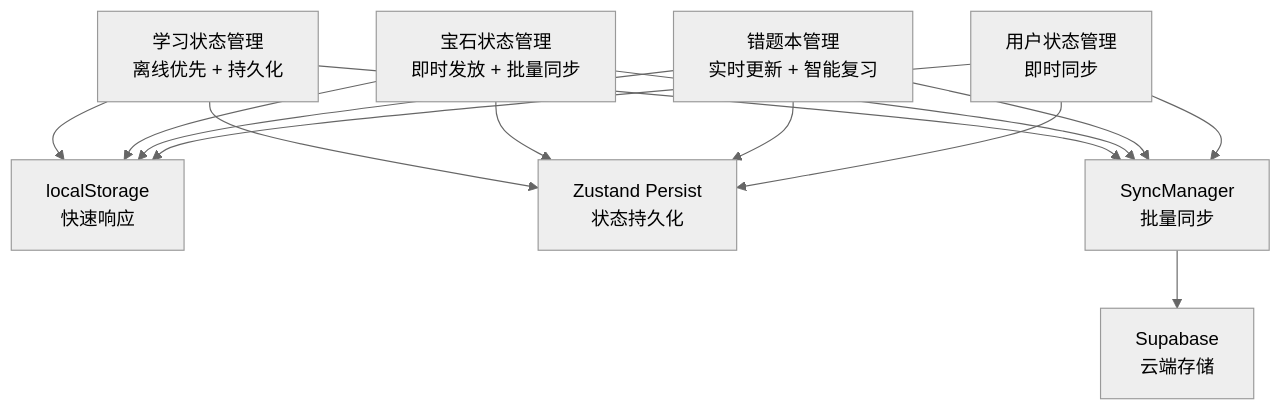
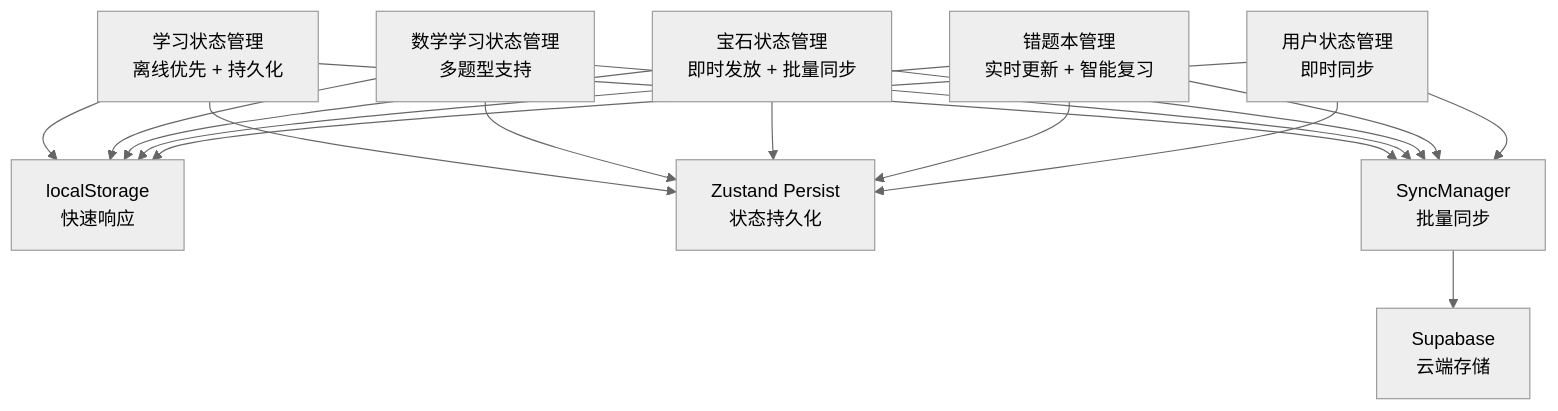
The fourth of 6 diagrams in .qoder/repowiki/zh/content/核心架构/核心架构.md (wudeng2005/rainbow-learning), drawn with Mermaid (neutral theme) before and after one commit. The commit also changed other lines of this file and 49 other files, not shown here.

````diff
--- a/.qoder/repowiki/zh/content/核心架构/核心架构.md
+++ b/.qoder/repowiki/zh/content/核心架构/核心架构.md
@@ -213,16 +243,19 @@
 ```mermaid
 flowchart TD
 LearningStore["学习状态管理<br/>离线优先 + 持久化"] --> LocalStorage["localStorage<br/>快速响应"]
 LearningStore --> Persist["Zustand Persist<br/>状态持久化"]
 LearningStore --> SyncManager["SyncManager<br/>批量同步"]
 SyncManager --> Supabase["Supabase<br/>云端存储"]
+MathLearningStore["数学学习状态管理<br/>多题型支持"] --> LocalStorage
+MathLearningStore --> Persist
+MathLearningStore --> SyncManager
 GemStore["宝石状态管理<br/>即时发放 + 批量同步"] --> LocalStorage
 GemStore --> Persist
 GemStore --> SyncManager
 ErrorBankStore["错题本管理<br/>实时更新 + 智能复习"] --> LocalStorage
 ErrorBankStore --> Persist
 ErrorBankStore --> SyncManager
 UserStore["用户状态管理<br/>即时同步"] --> LocalStorage
 UserStore --> Persist
 UserStore --> SyncManager
 ```
````
